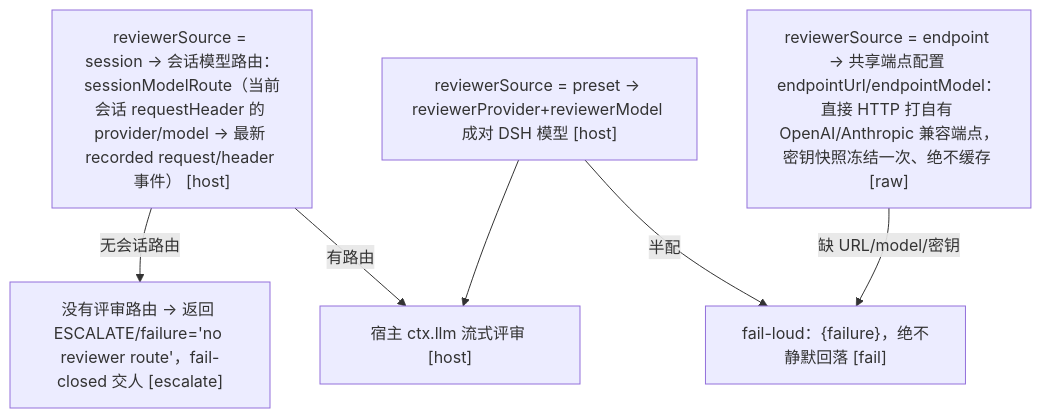
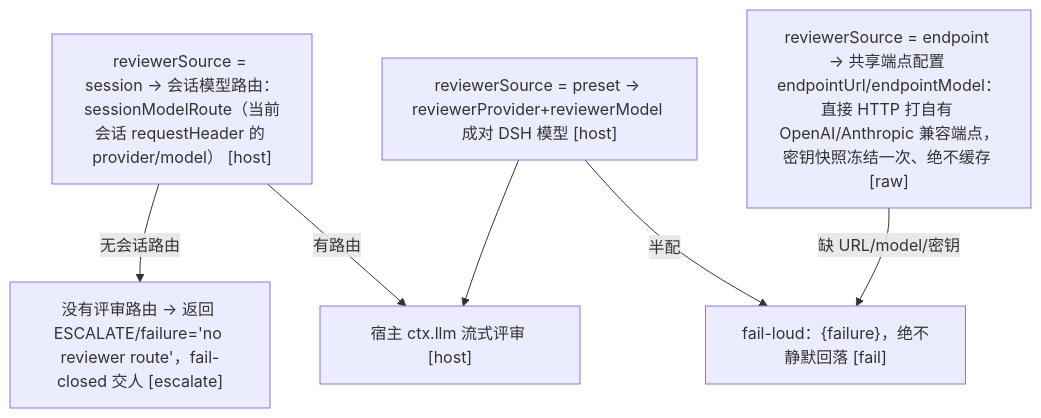
Before and after one commit to cuddly-guacamole/dsh-auto-approval-llm: the diagram in docs/06-llm-reviewer.md, drawn with Mermaid. The commit also changed 2 other files, not shown here.

Commit message:
docs: drop the removed model-route branch from the reviewer page
The reviewerSource = session node described the resolver as taking the live
request header and then the newest recorded request/header event. That second
step is the scan this batch removed, and docs/06-llm-reviewer.md is the only
page describing the resolver. Nothing in tests/ or scripts/ reads its content,
so the suite could not have caught it. The node now states the live request
header's route, and the "no session route" edge to the escalate box is
unchanged.

Corrects the commit cited beside snapshotEvents. The sentence is about an
upstream host change, so it must name an upstream commit: 5660f44d29
("perf(session): separate indexed and snapshot log reads") is the change that
dropped the Session.events getter and introduced snapshotEvents(). The previous
citation named a commit in this repository, which describes a local adoption
and not the host change the sentence is about.

Retitles the case that still names the deleted fallback; its four assertions
are unchanged.

````diff
--- a/docs/06-llm-reviewer.md
+++ b/docs/06-llm-reviewer.md
@@ -9,10 +9,10 @@
 ```mermaid
 flowchart TD
-    A1["reviewerSource = session → 会话模型路由：sessionModelRoute（当前会话 requestHeader 的 provider/model → 最新 recorded request/header 事件） [host]"] -->|无会话路由| A3
+    A1["reviewerSource = session → 会话模型路由：sessionModelRoute（当前会话 requestHeader 的 provider/model） [host]"] -->|无会话路由| A3
     A1 -->|有路由| A4["宿主 ctx.llm 流式评审 [host]"]
     B1["reviewerSource = preset → reviewerProvider+reviewerModel 成对 DSH 模型 [host]"] --> A4
     C1["reviewerSource = endpoint → 共享端点配置 endpointUrl/endpointModel：直接 HTTP 打自有 OpenAI/Anthropic 兼容端点，密钥快照冻结一次、绝不缓存 [raw]"]
     A3["没有评审路由 → 返回 ESCALATE/failure='no reviewer route'，fail-closed 交人 [escalate]"]
     B1 -->|半配| A5["fail-loud：{failure}，绝不静默回落 [fail]"]
     C1 -->|缺 URL/model/密钥| A5
 ```
````
